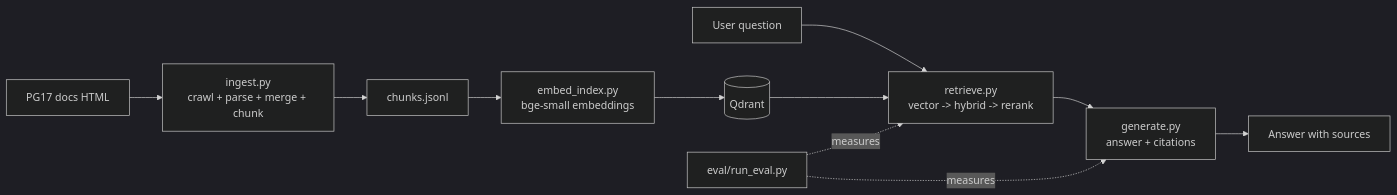
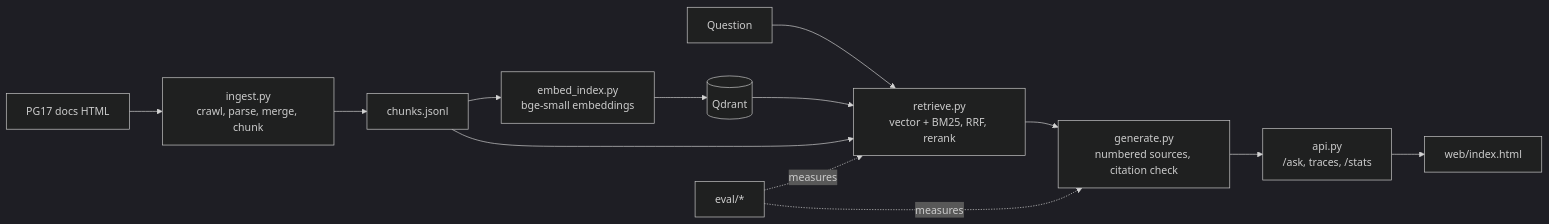
The diagram in README.md (sainithin-99/AskPG), drawn with Mermaid (dark theme) before and after one commit. The commit also changed other lines of this file and 2 other files, not shown here.

````diff
--- a/README.md
+++ b/README.md
@@ -15,13 +57,15 @@
 ```mermaid
 flowchart LR
-    A[PG17 docs HTML] --> B[ingest.py<br/>crawl + parse + merge + chunk]
+    A[PG17 docs HTML] --> B[ingest.py<br/>crawl, parse, merge, chunk]
     B --> C[chunks.jsonl]
     C --> D[embed_index.py<br/>bge-small embeddings]
     D --> E[(Qdrant)]
-    Q[User question] --> F[retrieve.py<br/>vector -> hybrid -> rerank]
+    Q[Question] --> F[retrieve.py<br/>vector + BM25, RRF, rerank]
     E --> F
-    F --> G[generate.py<br/>answer + citations]
-    G --> H[Answer with sources]
-    I[eval/run_eval.py] -. measures .-> F
-    I -. measures .-> G
+    C --> F
+    F --> G[generate.py<br/>numbered sources, citation check]
+    G --> H[api.py<br/>/ask, traces, /stats]
+    H --> I[web/index.html]
+    J[eval/*] -. measures .-> F
+    J -. measures .-> G
 ```
````
